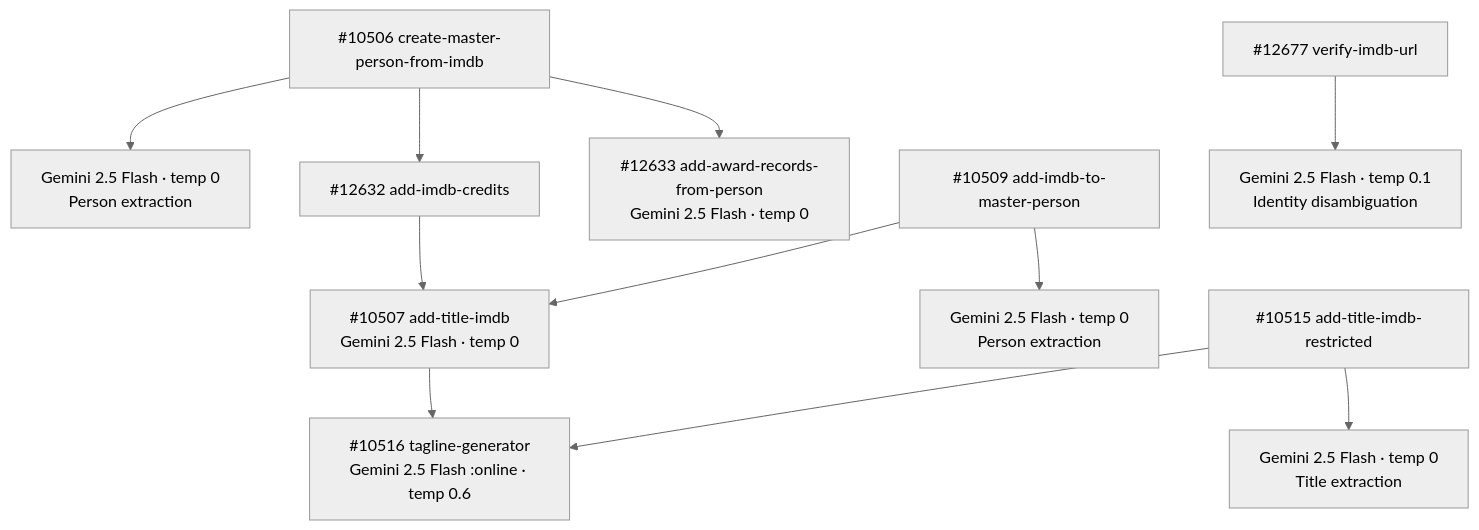
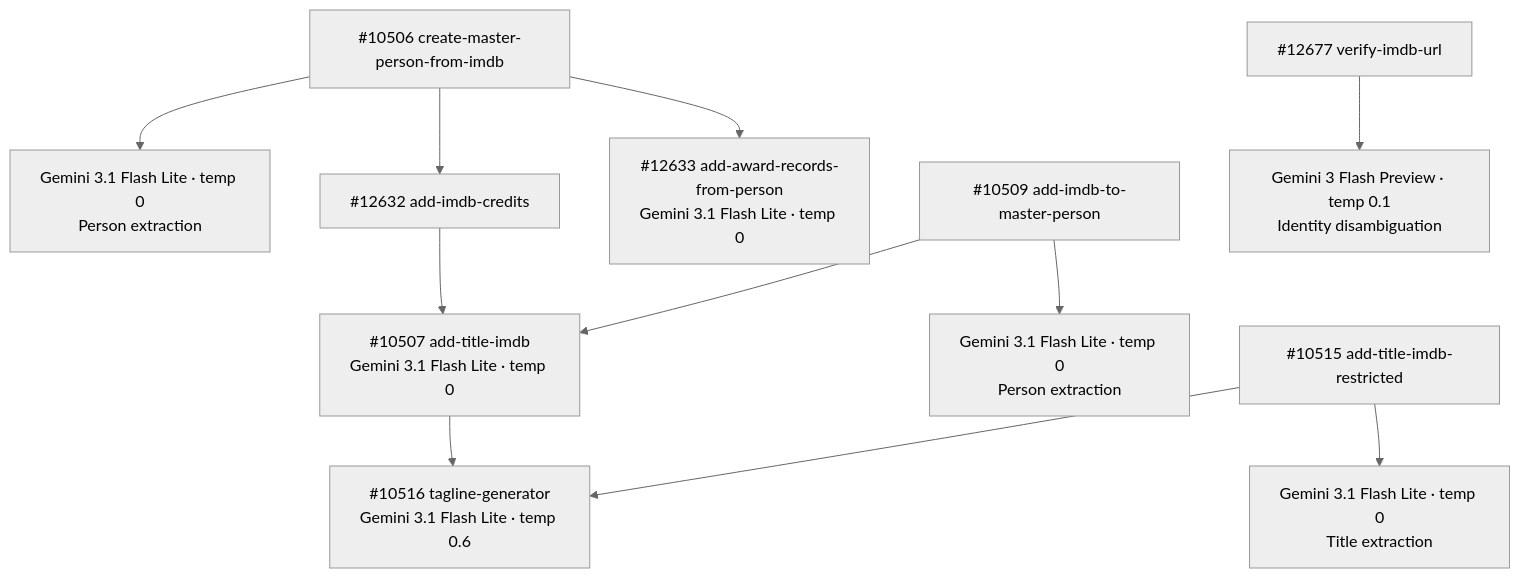
The diagram in guides/enrichment/film-tv-pipeline/model-summary.mdx (M-Pederson/docs), drawn with Mermaid (neutral theme) before and after one commit. The commit also changed other lines of this file and 14 other files, not shown here.

````diff
--- a/guides/enrichment/film-tv-pipeline/model-summary.mdx
+++ b/guides/enrichment/film-tv-pipeline/model-summary.mdx
@@ -47,13 +47,13 @@
 ```mermaid
 graph TD
-    A["#10506 create-master-person-from-imdb"] --> B["Gemini 2.5 Flash · temp 0<br/>Person extraction"]
+    A["#10506 create-master-person-from-imdb"] --> B["Gemini 3.1 Flash Lite · temp 0<br/>Person extraction"]
     A --> C["#12632 add-imdb-credits"]
-    A --> D["#12633 add-award-records-from-person<br/>Gemini 2.5 Flash · temp 0"]
-    C --> E["#10507 add-title-imdb<br/>Gemini 2.5 Flash · temp 0"]
-    E --> F["#10516 tagline-generator<br/>Gemini 2.5 Flash :online · temp 0.6"]
-    G["#10509 add-imdb-to-master-person"] --> H["Gemini 2.5 Flash · temp 0<br/>Person extraction"]
+    A --> D["#12633 add-award-records-from-person<br/>Gemini 3.1 Flash Lite · temp 0"]
+    C --> E["#10507 add-title-imdb<br/>Gemini 3.1 Flash Lite · temp 0"]
+    E --> F["#10516 tagline-generator<br/>Gemini 3.1 Flash Lite · temp 0.6"]
+    G["#10509 add-imdb-to-master-person"] --> H["Gemini 3.1 Flash Lite · temp 0<br/>Person extraction"]
     G --> E
-    I["#12677 verify-imdb-url"] --> J["Gemini 2.5 Flash · temp 0.1<br/>Identity disambiguation"]
-    K["#10515 add-title-imdb-restricted"] --> L["Gemini 2.5 Flash · temp 0<br/>Title extraction"]
+    I["#12677 verify-imdb-url"] --> J["Gemini 3 Flash Preview · temp 0.1<br/>Identity disambiguation"]
+    K["#10515 add-title-imdb-restricted"] --> L["Gemini 3.1 Flash Lite · temp 0<br/>Title extraction"]
     K --> F
 ```
````
